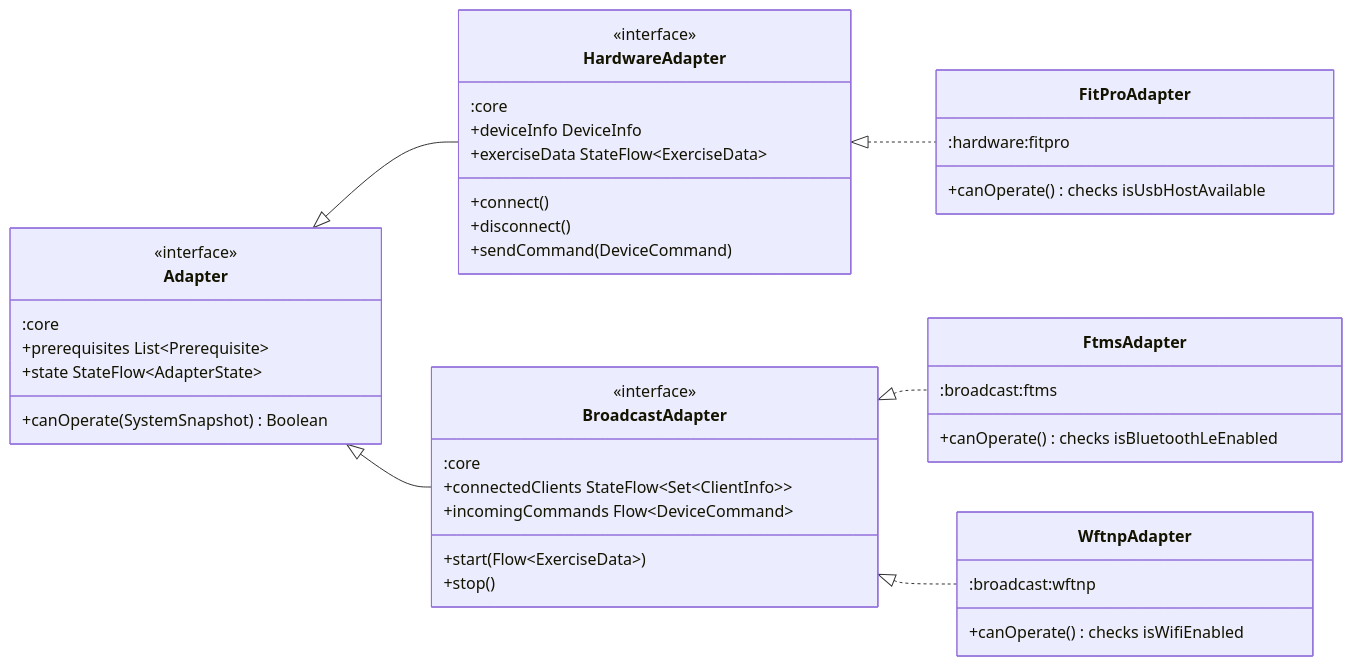
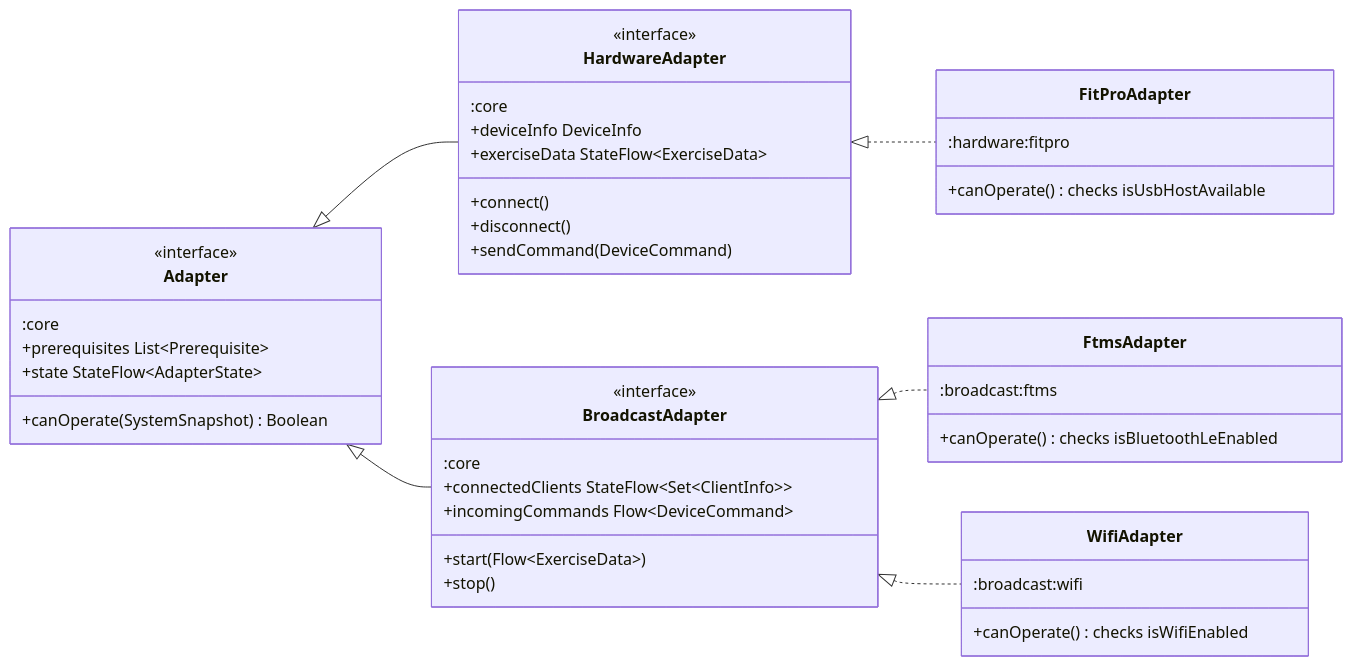
Before and after one commit to ball2jh/Hyperborea: the first of 11 diagrams in docs/architecture.md, drawn with Mermaid. The commit also changed other lines of this file and 52 other files, not shown here.

First line of the commit message:
feat: TLS 1.2 enforcement, nonce replay protection, wftnp→wifi rename, UI and profile updates

````diff
--- a/docs/architecture.md
+++ b/docs/architecture.md
@@ -7,52 +7,52 @@
 ```mermaid
 classDiagram
     direction LR
 
     class Adapter {
         <<interface>>
         :core
         +prerequisites List~Prerequisite~
         +state StateFlow~AdapterState~
         +canOperate(SystemSnapshot) Boolean
     }
 
     class HardwareAdapter {
         <<interface>>
         :core
         +deviceInfo DeviceInfo
         +exerciseData StateFlow~ExerciseData~
         +connect()
         +disconnect()
         +sendCommand(DeviceCommand)
     }
 
     class BroadcastAdapter {
         <<interface>>
         :core
         +connectedClients StateFlow~Set~ClientInfo~~
         +incomingCommands Flow~DeviceCommand~
         +start(Flow~ExerciseData~)
         +stop()
     }
 
     class FitProAdapter {
         :hardware:fitpro
         +canOperate() checks isUsbHostAvailable
     }
 
     class FtmsAdapter {
         :broadcast:ftms
         +canOperate() checks isBluetoothLeEnabled
     }
 
-    class WftnpAdapter {
-        :broadcast:wftnp
+    class WifiAdapter {
+        :broadcast:wifi
         +canOperate() checks isWifiEnabled
     }
 
     Adapter <|-- HardwareAdapter
     Adapter <|-- BroadcastAdapter
     HardwareAdapter <|.. FitProAdapter
     BroadcastAdapter <|.. FtmsAdapter
-    BroadcastAdapter <|.. WftnpAdapter
+    BroadcastAdapter <|.. WifiAdapter
 ```
````
